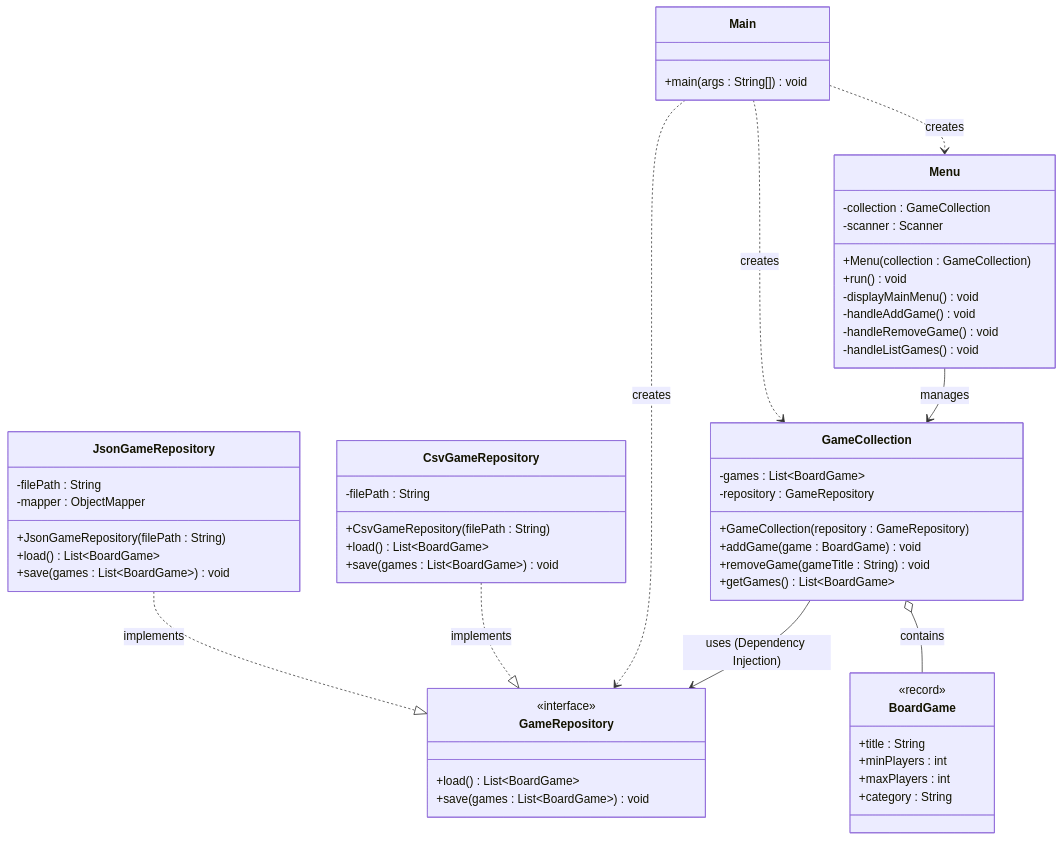
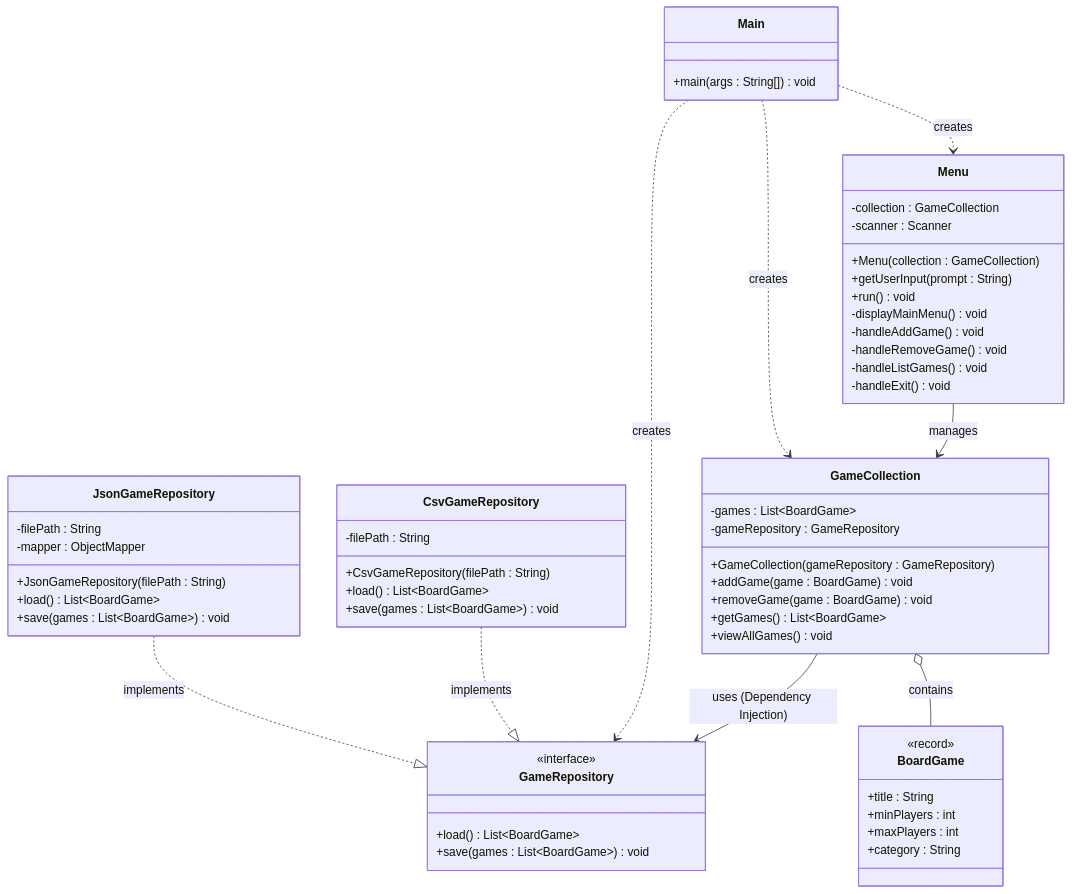
Before and after one commit to sisoubou/design-pattern-project: the diagram in docs/Schéma cours1.mmd, drawn with Mermaid.

Commit message:
mermaid modification

```diff
--- a/docs/Schéma cours1.mmd
+++ b/docs/Schéma cours1.mmd
@@ -1,70 +1,65 @@
 classDiagram
-    %% Interface pour le stockage (Strategy Pattern)
     class GameRepository {
         <<interface>>
         +load() List~BoardGame~
         +save(games : List~BoardGame~) void
     }
 
-    %% Implémentation JSON
     class JsonGameRepository {
         -filePath : String
         -mapper : ObjectMapper
         +JsonGameRepository(filePath : String)
         +load() List~BoardGame~
         +save(games : List~BoardGame~) void
     }
 
-    %% Implémentation CSV
     class CsvGameRepository {
         -filePath : String
         +CsvGameRepository(filePath : String)
         +load() List~BoardGame~
         +save(games : List~BoardGame~) void
     }
 
-    %% Classe Métier (Logique pure, sans static)
     class GameCollection {
         -games : List~BoardGame~
-        -repository : GameRepository
-        +GameCollection(repository : GameRepository)
+        -gameRepository : GameRepository
+        +GameCollection(gameRepository : GameRepository)
         +addGame(game : BoardGame) void
-        +removeGame(gameTitle : String) void
+        +removeGame(game : BoardGame) void
         +getGames() List~BoardGame~
+        +viewAllGames() void
     }
 
-    %% Modèle de données (Record)
     class BoardGame {
         <<record>>
         +title : String
         +minPlayers : int
         +maxPlayers : int
         +category : String
     }
 
-    %% Interface Utilisateur (Dépendant de la collection)
     class Menu {
         -collection : GameCollection
         -scanner : Scanner
         +Menu(collection : GameCollection)
+        +getUserInput(prompt : String)
         +run() void
         -displayMainMenu() void
         -handleAddGame() void
         -handleRemoveGame() void
         -handleListGames() void
+        -handleExit() void
     }
 
-    %% Point d'entrée (Injection de dépendances)
     class Main {
         +main(args : String[]) void
     }
 
-    %% Relations
     JsonGameRepository ..|> GameRepository : implements
     CsvGameRepository ..|> GameRepository : implements
     GameCollection --> GameRepository : uses (Dependency Injection)
     GameCollection o-- BoardGame : contains
     Menu --> GameCollection : manages
     Main ..> GameRepository : creates
     Main ..> GameCollection : creates
     Main ..> Menu : creates
```
